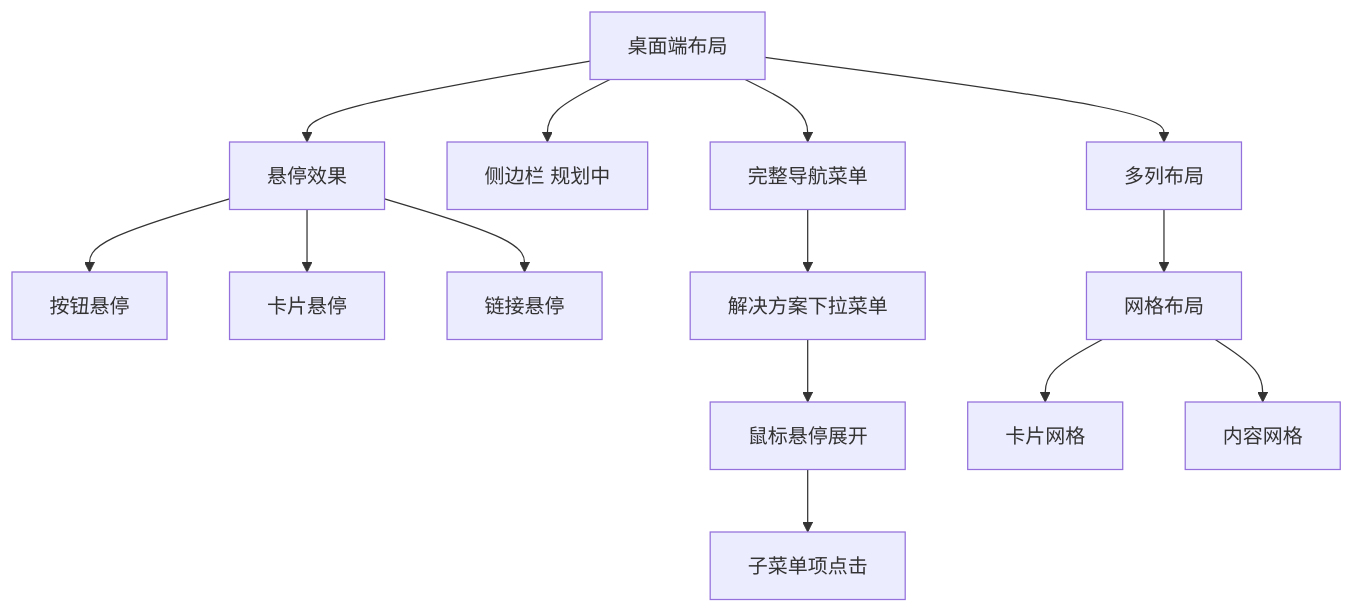
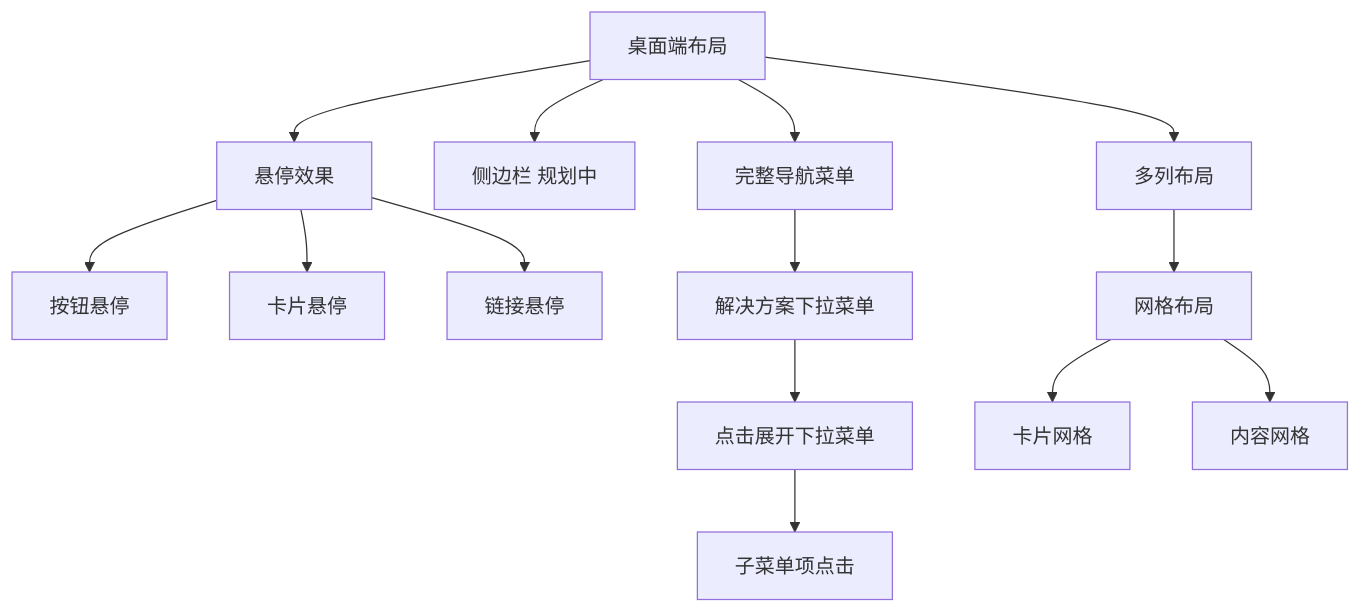
One commit to GItHub-Liu1996/web6 changed diagram 11 of 16 in 00-DOCUMENTATION/06-交互设计.md. Above: the diagram before and after it, drawn with Mermaid. The commit also changed other lines of this file and 94 other files, not shown here.

````diff
--- a/00-DOCUMENTATION/06-交互设计.md
+++ b/00-DOCUMENTATION/06-交互设计.md
@@ -451,19 +501,19 @@
 ```mermaid
 graph TD
     A[桌面端布局] --> B[完整导航菜单]
     A --> C[侧边栏 规划中]
     A --> D[多列布局]
     A --> E[悬停效果]
     
     E --> F[按钮悬停]
     E --> G[卡片悬停]
     E --> H[链接悬停]
     
     B --> I[解决方案下拉菜单]
-    I --> J[鼠标悬停展开]
+    I --> J[点击展开下拉菜单]
     J --> K[子菜单项点击]
     
     D --> L[网格布局]
     L --> M[卡片网格]
     L --> N[内容网格]
 ```
````
